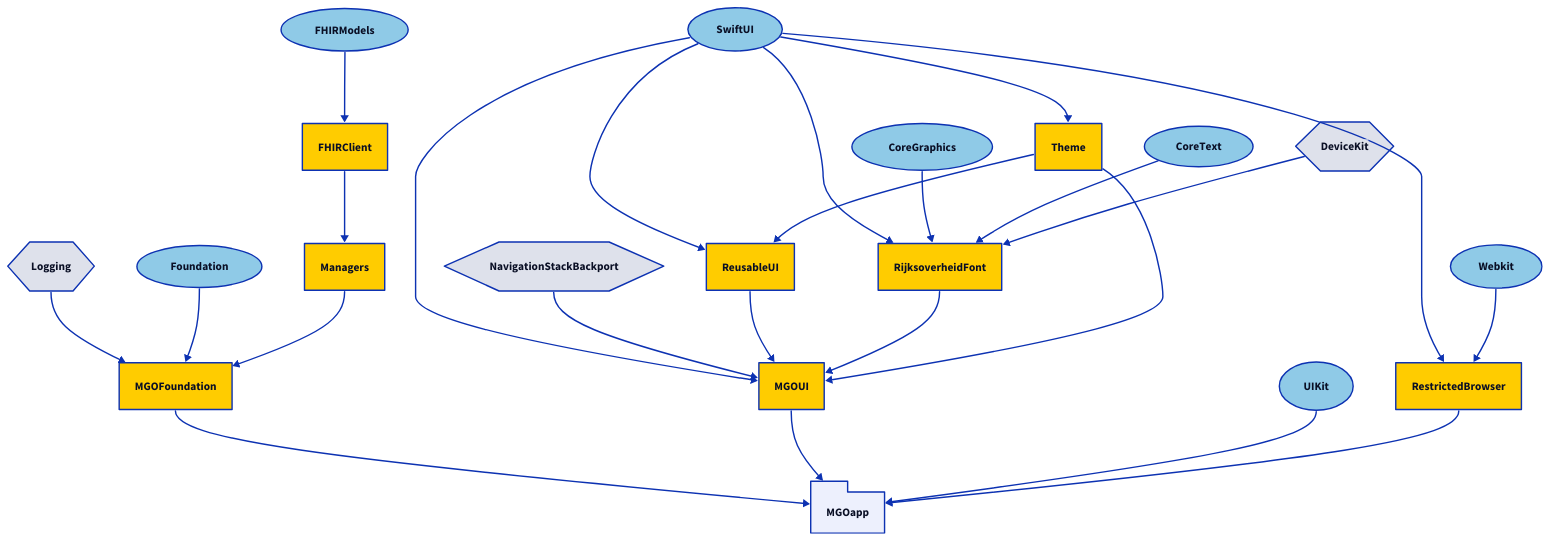
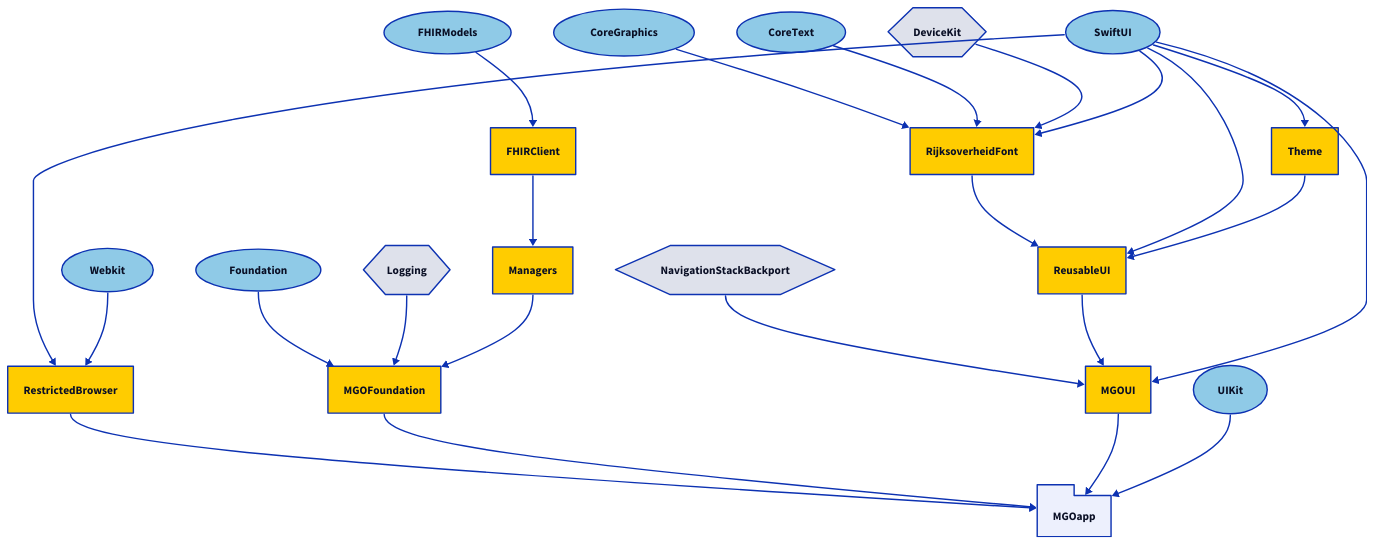
One commit to minvws/nl-mgo-app-ios changed the diagram in Diagrams/packages-withouttests.d2. Above: the diagram before and after it, drawn with D2. The commit also changed 9 other files, not shown here.

```diff
--- a/Diagrams/packages-withouttests.d2
+++ b/Diagrams/packages-withouttests.d2
@@ -1,90 +1,89 @@
 direction: down
 
 # Apple
 UIKit: {
   shape: oval
   style.fill: "#8FCAE7"
 }
 SwiftUI: {
   shape: oval
   style.fill: "#8FCAE7"
 }
 Webkit: {
   shape: oval
   style.fill: "#8FCAE7"
 }
 Foundation: {
   shape: oval
   style.fill: "#8FCAE7"
 }
 CoreGraphics: {
   shape: oval
   style.fill: "#8FCAE7"
 }
 CoreText: {
   shape: oval
   style.fill: "#8FCAE7"
 }
 FHIRModels: {
   shape: oval
   style.fill: "#8FCAE7"
 }
 
 # Third-Party
 NavigationStackBackport: {
   shape: hexagon
 }
 Logging: {
   shape: hexagon
 }
 DeviceKit: {
   shape: hexagon
 }
 
 # The application
 
 MGOapp: {
   shape: package
 }
 
+MGOapp <- RestrictedBrowser
 MGOapp <- MGOFoundation
 MGOapp <- MGOUI
 MGOapp <- UIKit
-MGOapp <- RestrictedBrowser
 
 # - Packages -
 
 MGOFoundation { style.fill: "#ffcc00" }
+MGOFoundation <- Foundation
 MGOFoundation <- Logging
-MGOFoundation <- Foundation
 MGOFoundation <- Managers
 
 MGOUI { style.fill: "#ffcc00" }
-MGOUI <- SwiftUI
 MGOUI <- NavigationStackBackport
 MGOUI <- ReusableUI
-MGOUI <- RijksoverheidFont
-MGOUI <- Theme
+MGOUI <- SwiftUI
 
 Managers { style.fill: "#ffcc00" }
 Managers <- FHIRClient
 
 RijksoverheidFont { style.fill: "#ffcc00" }
-RijksoverheidFont <- SwiftUI
 RijksoverheidFont <- CoreGraphics
 RijksoverheidFont <- CoreText
 RijksoverheidFont <- DeviceKit
+RijksoverheidFont <- SwiftUI
 
 ReusableUI { style.fill: "#ffcc00" }
+ReusableUI <- RijksoverheidFont
 ReusableUI <- SwiftUI
 ReusableUI <- Theme
 
 FHIRClient { style.fill: "#ffcc00" }
 FHIRClient <- FHIRModels
 
 RestrictedBrowser { style.fill: "#ffcc00" }
 RestrictedBrowser <- SwiftUI
 RestrictedBrowser <- WebKit
 
 Theme { style.fill: "#ffcc00" }
 Theme <- SwiftUI
```
